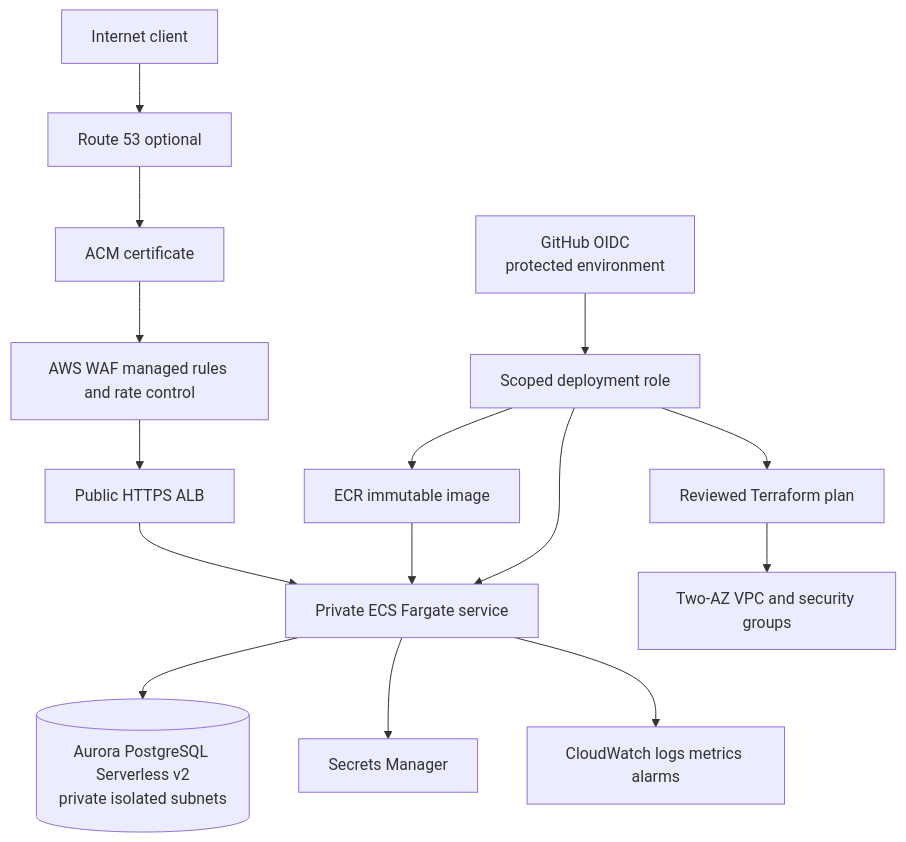
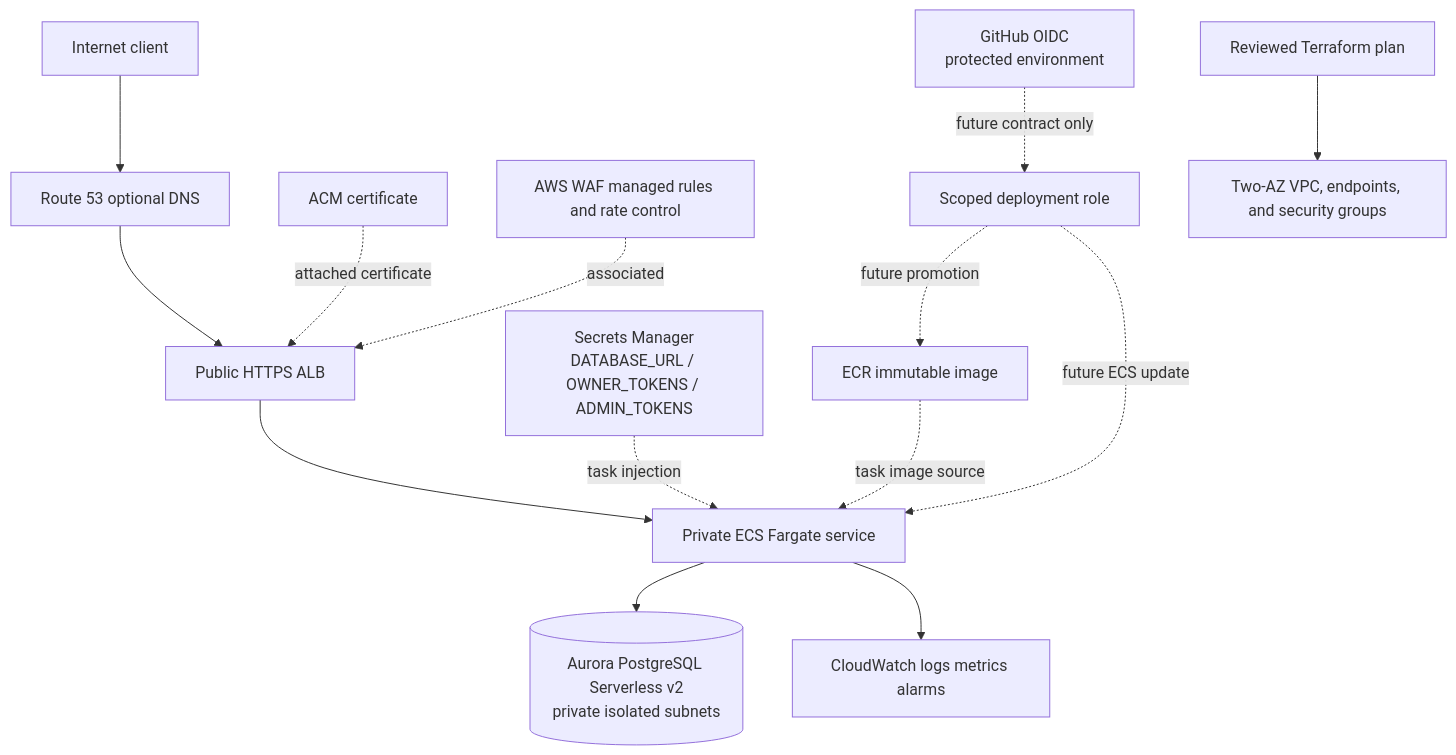
The diagram in docs/diagrams/aws-target.md (abdalrahmanattya/secure-url-shortener-platform), drawn with Mermaid before and after one commit. The commit also changed other lines of this file and 7 other files, not shown here.

Commit message:
docs: strengthen service and architecture guide

````diff
--- a/docs/diagrams/aws-target.md
+++ b/docs/diagrams/aws-target.md
@@ -6,17 +7,16 @@
 ```mermaid
 flowchart TB
-    U[Internet client] --> R53[Route 53 optional]
-    R53 --> ACM[ACM certificate]
-    ACM --> WAF[AWS WAF managed rules and rate control]
-    WAF --> ALB[Public HTTPS ALB]
+    U[Internet client] --> R53[Route 53 optional DNS]
+    R53 --> ALB[Public HTTPS ALB]
+    ACM[ACM certificate] -. attached certificate .-> ALB
+    WAF[AWS WAF managed rules and rate control] -. associated .-> ALB
     ALB --> ECS[Private ECS Fargate service]
     ECS --> DB[(Aurora PostgreSQL Serverless v2\nprivate isolated subnets)]
-    ECS --> SM[Secrets Manager]
+    SM[Secrets Manager\nDATABASE_URL / OWNER_TOKENS / ADMIN_TOKENS] -. task injection .-> ECS
     ECS --> CW[CloudWatch logs metrics alarms]
-    ECR[ECR immutable image] --> ECS
-    OIDC[GitHub OIDC\nprotected environment] --> DEPLOY[Scoped deployment role]
-    DEPLOY --> ECR
-    DEPLOY --> ECS
-    DEPLOY --> TF[Reviewed Terraform plan]
-    TF --> NET[Two-AZ VPC and security groups]
+    ECR[ECR immutable image] -. task image source .-> ECS
+    OIDC[GitHub OIDC\nprotected environment] -. future contract only .-> DEPLOY[Scoped deployment role]
+    DEPLOY -. future promotion .-> ECR
+    DEPLOY -. future ECS update .-> ECS
+    TF[Reviewed Terraform plan] --> NET[Two-AZ VPC, endpoints, and security groups]
 ```
````
